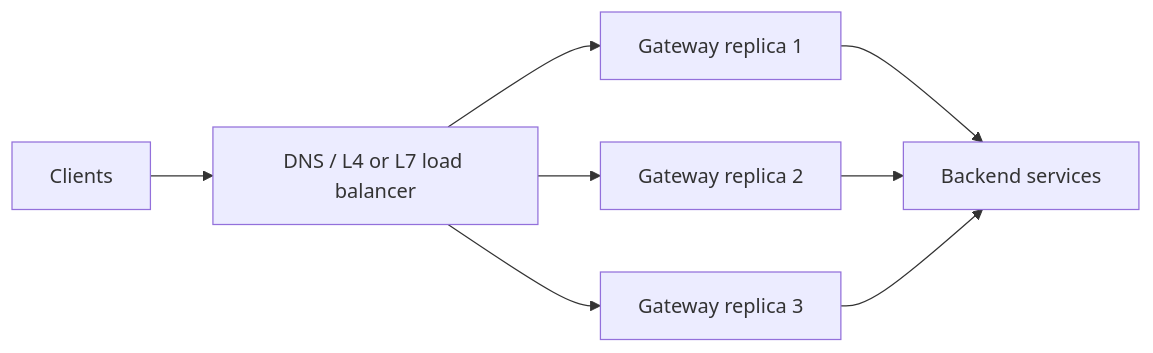
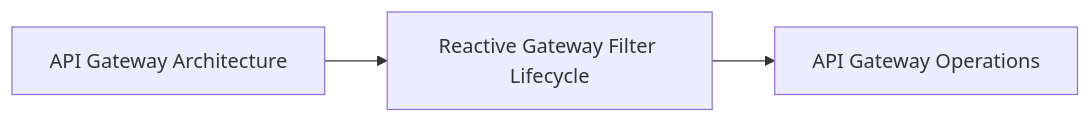
One commit to taukhir/shopverse changed the diagram in documentation/docs/development/API-GATEWAY-GENERIC.md. Above: the diagram before and after it, drawn with Mermaid. The commit also changed other lines of this file and 370 other files, not shown here.

Commit message:
Refactor shopverse checkout and catalog flows

````diff
--- a/documentation/docs/development/API-GATEWAY-GENERIC.md
+++ b/documentation/docs/development/API-GATEWAY-GENERIC.md
@@ -213,10 +19,8 @@
 ```mermaid
 flowchart LR
-    CLIENT["Clients"] --> EDGE["DNS / L4 or L7 load balancer"]
-    EDGE --> G1["Gateway replica 1"]
-    EDGE --> G2["Gateway replica 2"]
-    EDGE --> G3["Gateway replica 3"]
-    G1 --> SERVICES["Backend services"]
-    G2 --> SERVICES
-    G3 --> SERVICES
+    P1["API Gateway Architecture"]
+    P2["Reactive Gateway Filter Lifecycle"]
+    P3["API Gateway Operations"]
+    P1 --> P2
+    P2 --> P3
 ```
````
